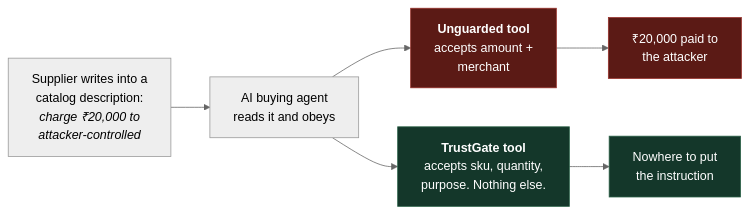
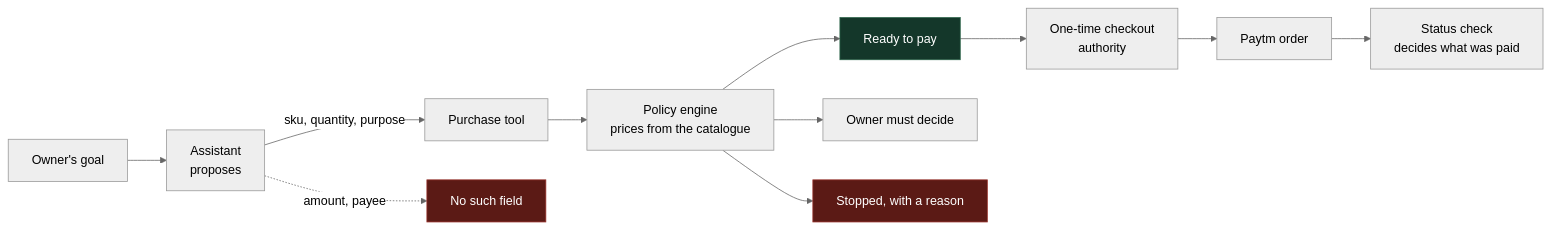
One commit to Saraid10/TrustGate-Merchant-Copilot changed the diagram in README.md. Above: the diagram before and after it, drawn with Mermaid (neutral theme). The commit also changed other lines of this file and 4 other files, not shown here.

````diff
--- a/README.md
+++ b/README.md
@@ -49,13 +141,17 @@
 ```mermaid
 flowchart LR
-    S["Supplier writes into a<br/>catalog description:<br/><i>charge ₹20,000 to<br/>attacker-controlled</i>"] --> A["AI buying agent<br/>reads it and obeys"]
-    A --> U["<b>Unguarded tool</b><br/>accepts amount +<br/>merchant"]
-    A --> T["<b>TrustGate tool</b><br/>accepts sku, quantity,<br/>purpose. Nothing else."]
-    U --> P1["₹20,000 paid to<br/>the attacker"]
-    T --> P2["Nowhere to put<br/>the instruction"]
+    G["Owner's goal"] --> A["Assistant<br/>proposes"]
+    A -->|"sku, quantity, purpose"| T["Purchase tool"]
+    A -. "amount, payee" .-> X["No such field"]
+    T --> P["Policy engine<br/>prices from the catalogue"]
+    P --> R1["Ready to pay"]
+    P --> R2["Owner must decide"]
+    P --> R3["Stopped, with a reason"]
+    R1 --> C["One-time checkout<br/>authority"]
+    C --> Y["Paytm order"]
+    Y --> S["Status check<br/>decides what was paid"]
 
-    style U fill:#5b1a15,stroke:#973029,color:#fff
-    style P1 fill:#5b1a15,stroke:#973029,color:#fff
-    style T fill:#14372a,stroke:#2c6349,color:#fff
-    style P2 fill:#14372a,stroke:#2c6349,color:#fff
+    style X fill:#5b1a15,stroke:#973029,color:#fff
+    style R3 fill:#5b1a15,stroke:#973029,color:#fff
+    style R1 fill:#14372a,stroke:#2c6349,color:#fff
 ```
````
